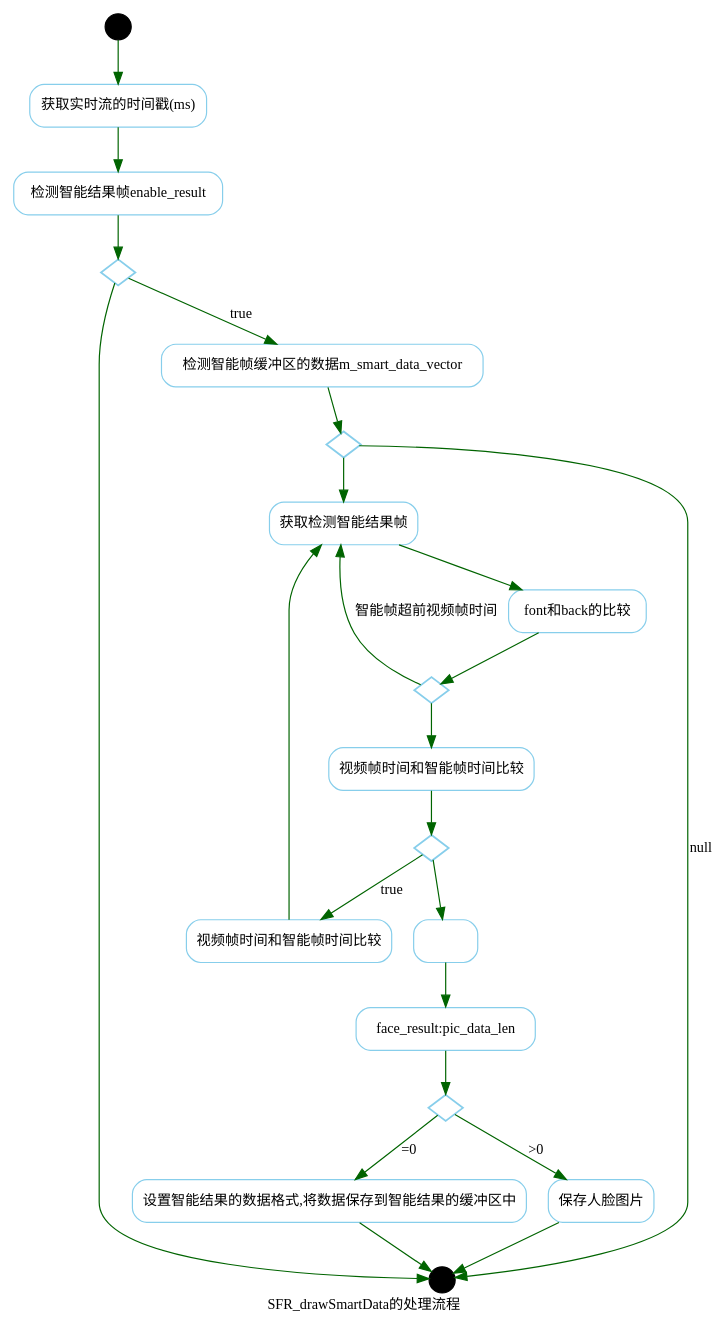
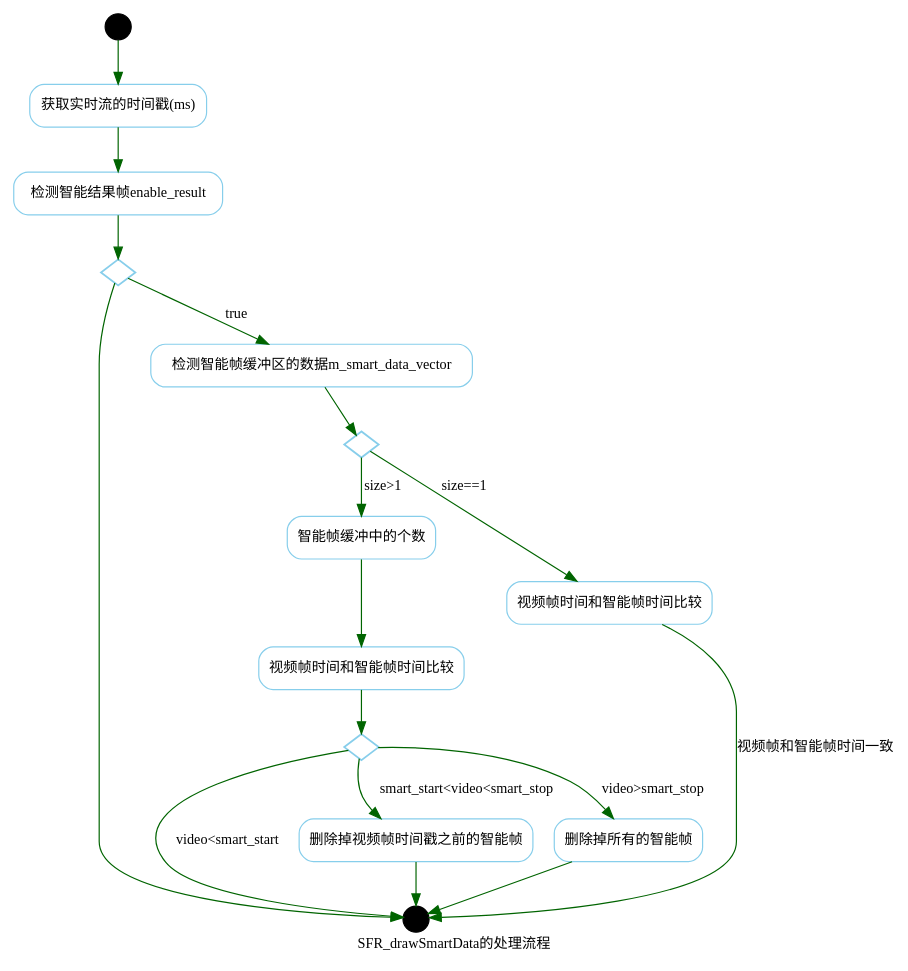
Before and after one commit to huguanghui/workdir: the diagram in Graphviz/work/sm_data_done_hr.gv, drawn with Graphviz. The commit also changed 3 other files, not shown here.

Commit message:
1.添加地平线的人脸检测流程图;2.python的一个精简练习

```diff
--- a/Graphviz/work/sm_data_done_hr.gv
+++ b/Graphviz/work/sm_data_done_hr.gv
@@ -1,55 +1,44 @@
 digraph G {
 	rankdir=TB;
 	
 	fontname="Microsoft YaHei";
 	fontsize=12;
 	
 	label="SFR_drawSmartData的处理流程";
 
 	node[shape=Mrecord, fontname="Microsoft YaHei", fontsize=12, color="skyblue"];
 	edge[fontname="Microsoft YaHei", fontsize=12, color=darkgreen];
 
 	start[label="", shape=circle, width=0.3, fixedsize=true, style=filled, color=black];
 	end[label="", shape=circle, width=0.3, fixedsize=true, style=filled, color=black];
 	
 	s1[label=" 获取实时流的时间戳(ms)"];
 	s2[label=" 检测智能结果帧enable_result"];
 	s3[label=" 检测智能帧缓冲区的数据m_smart_data_vector"];
-	s4[label=" 获取检测智能结果帧"];
-	s5[label=" font和back的比较"];
+	s4[label=" 智能帧缓冲中的个数"];
+	s5[label=" 视频帧时间和智能帧时间比较"];
 	s6[label=" 视频帧时间和智能帧时间比较"];
-	s7[label=" 视频帧时间和智能帧时间比较"];
-	s8[label=" "];
-	s9[label=" face_result:pic_data_len"];
-	s10[label=" 保存人脸图片"];
-	s11[label=" 设置智能结果的数据格式,将数据保存到智能结果的缓冲区中"];
+	s7[label=" 删除掉视频帧时间戳之前的智能帧"];
+	s8[label=" 删除掉所有的智能帧"];
 
 	d1[label="", shape=diamond, width=0.4, height=0.3, fixedsize=true, penwidth=1.5];
 	d2[label="", shape=diamond, width=0.4, height=0.3, fixedsize=true, penwidth=1.5];
 	d3[label="", shape=diamond, width=0.4, height=0.3, fixedsize=true, penwidth=1.5];
-	d4[label="", shape=diamond, width=0.4, height=0.3, fixedsize=true, penwidth=1.5];
-	d5[label="", shape=diamond, width=0.4, height=0.3, fixedsize=true, penwidth=1.5];
 
 	start->s1;
 	s1->s2;
 	s2->d1
 	d1->s3[label="true"];
 	d1->end;
 	s3->d2;
-	d2->end[label="null"];
-	d2->s4;
-	s4->s5;
-	s5->d3;
-	d3->s4[label="智能帧超前视频帧时间"];
-	d3->s6;
-	s6->d4;
-	d4->s7[label="true"];
-	s7->s4;
-	d4->s8;
-	s8->s9;
-	s9->d5;
-	d5->s10[label=">0"];
-	d5->s11[label="=0"];
-	s10->end;
-	s11->end;
+	d2->s5[label="size==1"];
+	s5->end[label="视频帧和智能帧时间一致"];
+	d2->s4[label="size>1"];
+	s4->s6;
+	s6->d3;
+	d3->end[label="video<smart_start"];
+	d3->s7[label="smart_start<video<smart_stop"];
+	d3->s8[label="video>smart_stop"];
+	s7->end;
+	s8->end;
 }	
```
